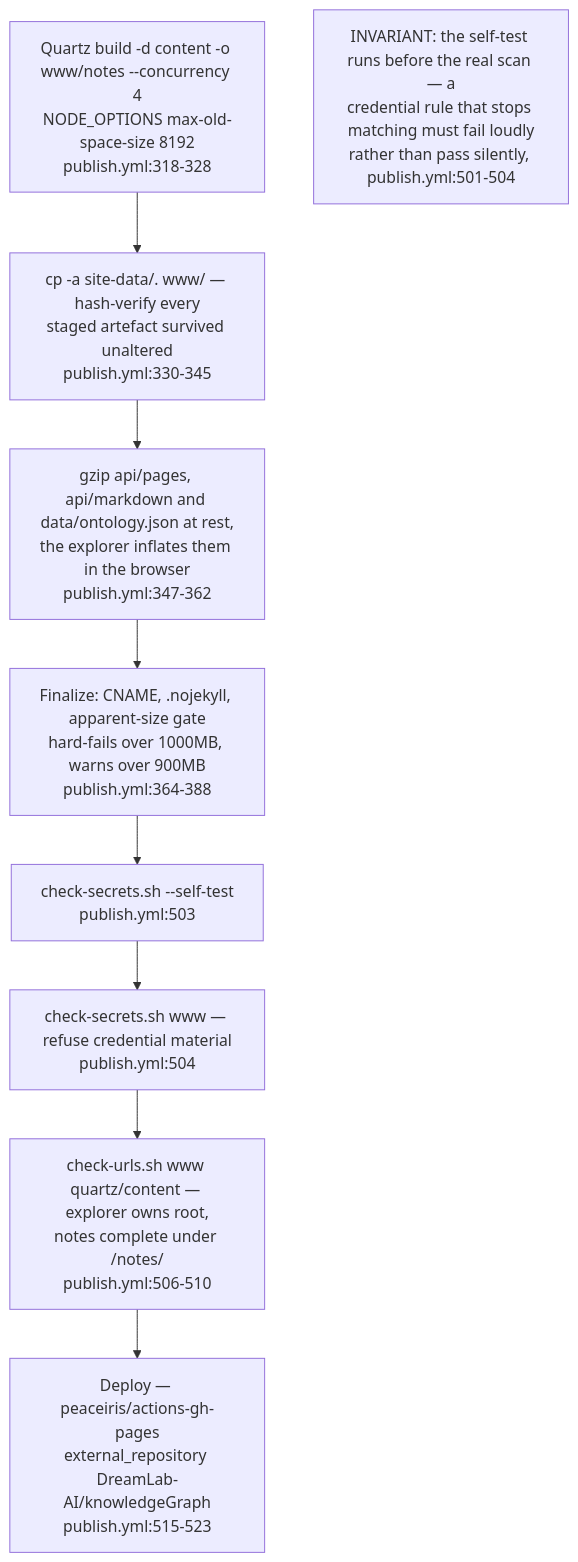
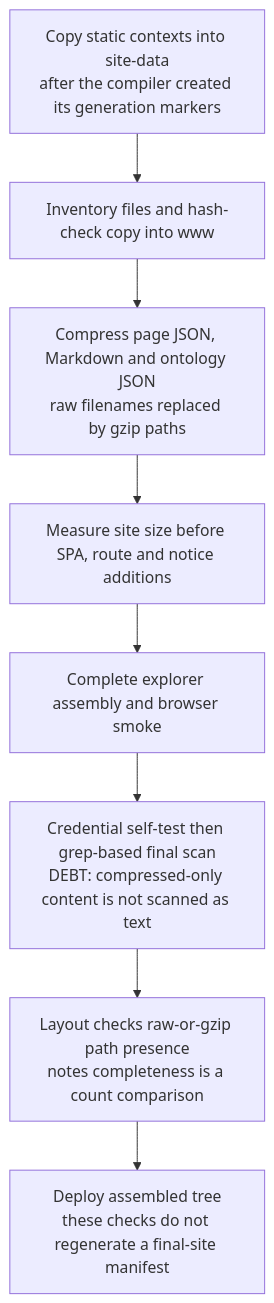
Before and after one commit to DreamLab-AI/VisionFlow: the fourth of 4 diagrams in docs/diagrams/visiongraph/03-publish-pipeline-and-explorer-build.md, drawn with Mermaid. The commit also changed other lines of this file and 22 other files, not shown here.

````diff
--- a/docs/diagrams/visiongraph/03-publish-pipeline-and-explorer-build.md
+++ b/docs/diagrams/visiongraph/03-publish-pipeline-and-explorer-build.md
@@ -103,13 +110,24 @@
 ```mermaid
-flowchart TD
-    QBUILD["Quartz build -d content -o www/notes --concurrency 4<br/>NODE_OPTIONS max-old-space-size 8192<br/>publish.yml:318-328"]
-    PLACE["cp -a site-data/. www/ — hash-verify every<br/>staged artefact survived unaltered<br/>publish.yml:330-345"]
-    ZIP["gzip api/pages, api/markdown and data/ontology.json at rest,<br/>the explorer inflates them in the browser<br/>publish.yml:347-362"]
-    SIZE["Finalize: CNAME, .nojekyll, apparent-size gate<br/>hard-fails over 1000MB, warns over 900MB<br/>publish.yml:364-388"]
-    SECSELF["check-secrets.sh --self-test<br/>publish.yml:503"]
-    SEC["check-secrets.sh www — refuse credential material<br/>publish.yml:504"]
-    URLCHK["check-urls.sh www quartz/content — explorer owns root,<br/>notes complete under /notes/<br/>publish.yml:506-510"]
-    DEPLOY["Deploy — peaceiris/actions-gh-pages<br/>external_repository DreamLab-AI/knowledgeGraph<br/>publish.yml:515-523"]
-    QBUILD --> PLACE --> ZIP --> SIZE --> SECSELF --> SEC --> URLCHK --> DEPLOY
-    note1["INVARIANT: the self-test runs before the real scan — a<br/>credential rule that stops matching must fail loudly<br/>rather than pass silently, publish.yml:501-504"]
+flowchart TB
+    OVERLAY["Copy static contexts into site-data<br/>after the compiler created its generation markers"]
+    RECEIPT["Inventory files and hash-check copy into www"]
+    ZIP["Compress page JSON, Markdown and ontology JSON<br/>raw filenames replaced by gzip paths"]
+    SIZE["Measure site size before SPA, route and notice additions"]
+    ASSEMBLE["Complete explorer assembly and browser smoke"]
+    SCAN["Credential self-test then grep-based final scan<br/>DEBT: compressed-only content is not scanned as text"]
+    LAYOUT["Layout checks raw-or-gzip path presence<br/>notes completeness is a count comparison"]
+    DEPLOY["Deploy assembled tree<br/>these checks do not regenerate a final-site manifest"]
+    OVERLAY --> RECEIPT --> ZIP --> SIZE --> ASSEMBLE --> SCAN --> LAYOUT --> DEPLOY
+    %% Source: crates/ontomark-compile/src/build/mod.rs:1015
+    %% Source: .github/workflows/publish.yml:261
+    %% Source: .github/workflows/publish.yml:317
+    %% Source: .github/workflows/publish.yml:343
+    %% Source: .github/workflows/publish.yml:358
+    %% Source: .github/workflows/publish.yml:375
+    %% Source: .github/workflows/publish.yml:421
+    %% Source: .github/workflows/publish.yml:504
+    %% Source: quartz/scripts/check-secrets.sh:150
+    %% Source: quartz/scripts/check-urls.sh:90
+    %% Source: quartz/scripts/check-urls.sh:115
+    %% Source: .github/workflows/publish.yml:526
 ```
````
